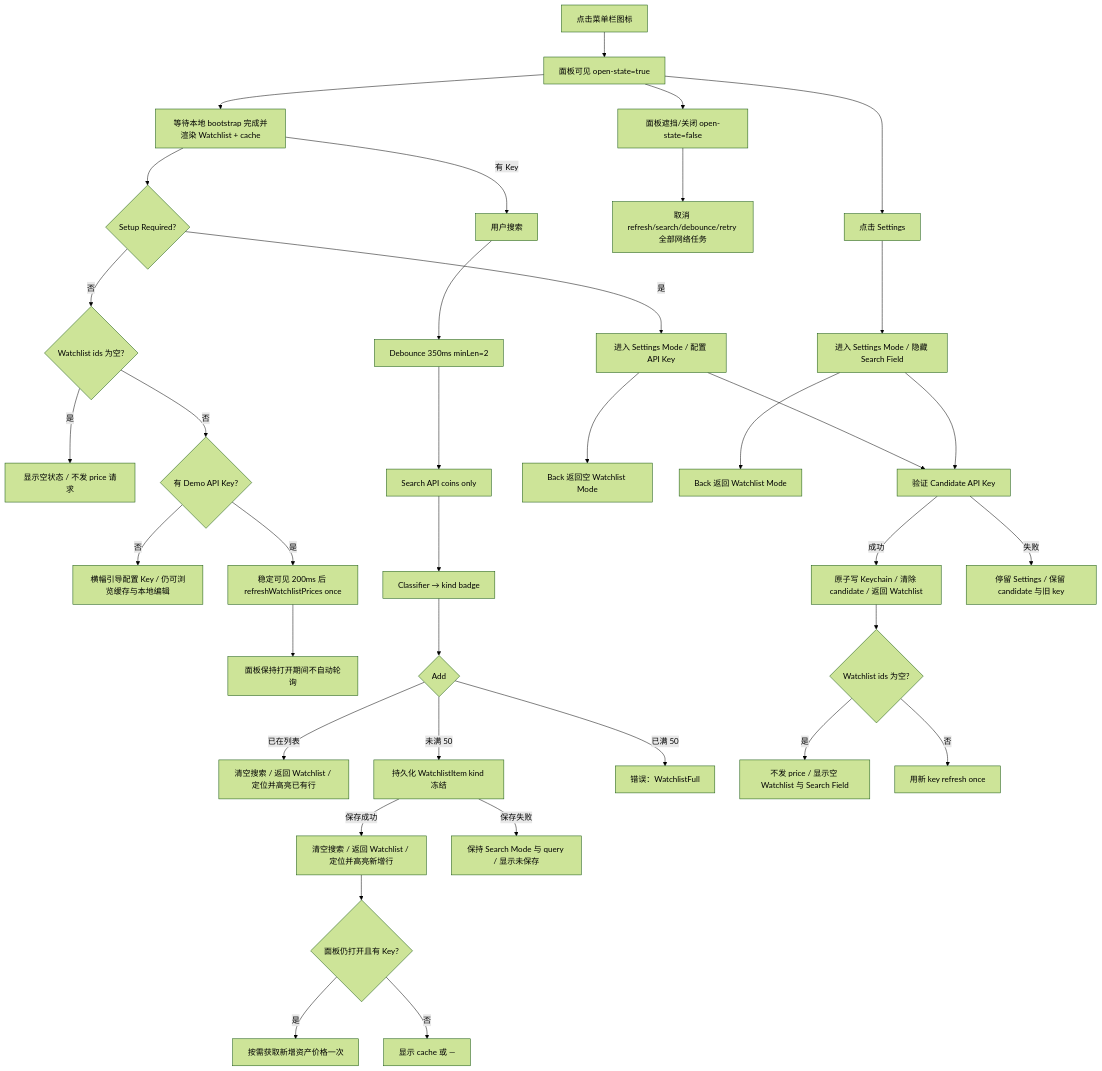
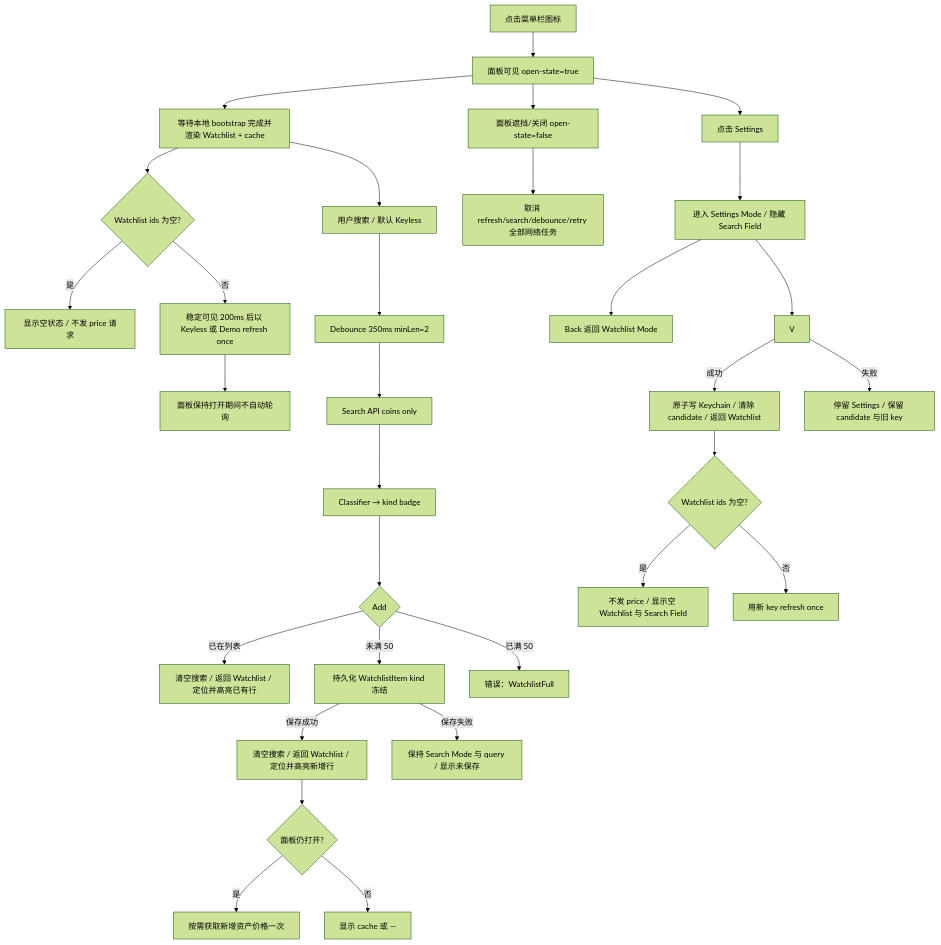
The first of 5 diagrams in docs/design/macos-menu-bar-app.md (YanYuanFE/crypto-lens), drawn with Mermaid (forest theme) before and after one commit. The commit also changed other lines of this file and 17 other files, not shown here.

Commit message:
feat: support CoinGecko keyless API

````diff
--- a/docs/design/macos-menu-bar-app.md
+++ b/docs/design/macos-menu-bar-app.md
@@ -146,39 +145,33 @@
 ```mermaid
 flowchart TD
   A[点击菜单栏图标] --> B[面板可见 open-state=true]
   B --> C[等待本地 bootstrap 完成并渲染 Watchlist + cache]
-  C --> SR{Setup Required?}
-  SR -->|是| S[进入 Settings Mode / 配置 API Key]
-  SR -->|否| C0{Watchlist ids 为空?}
+  C --> C0{Watchlist ids 为空?}
   C0 -->|是| E0[显示空状态 / 不发 price 请求]
-  C0 -->|否| D{有 Demo API Key?}
-  D -->|否| E[横幅引导配置 Key / 仍可浏览缓存与本地编辑]
-  D -->|是| F[稳定可见 200ms 后 refreshWatchlistPrices once]
+  C0 -->|否| F[稳定可见 200ms 后以 Keyless 或 Demo refresh once]
   F --> G[面板保持打开期间不自动轮询]
-  C -->|有 Key| H[用户搜索]
+  C --> H[用户搜索 / 默认 Keyless]
   H --> I[Debounce 350ms minLen=2]
   I --> J[Search API coins only]
   J --> K[Classifier → kind badge]
   K --> L{Add}
   L -->|已在列表| M[清空搜索 / 返回 Watchlist / 定位并高亮已有行]
   L -->|未满 50| N[持久化 WatchlistItem kind 冻结]
   N -->|保存成功| N0[清空搜索 / 返回 Watchlist / 定位并高亮新增行]
   N -->|保存失败| N4[保持 Search Mode 与 query / 显示未保存]
-  N0 --> N1{面板仍打开且有 Key?}
+  N0 --> N1{面板仍打开?}
   N1 -->|是| N2[按需获取新增资产价格一次]
   N1 -->|否| N3[显示 cache 或 —]
   L -->|已满 50| O[错误：WatchlistFull]
   B --> P[面板遮挡/关闭 open-state=false]
   P --> Q[取消 refresh/search/debounce/retry 全部网络任务]
   B --> R[点击 Settings]
   R --> S2[进入 Settings Mode / 隐藏 Search Field]
-  S --> T[Back 返回空 Watchlist Mode]
   S2 --> T2[Back 返回 Watchlist Mode]
-  S --> V[验证 Candidate API Key]
   S2 --> V
   V -->|成功| V1[原子写 Keychain / 清除 candidate / 返回 Watchlist]
   V -->|失败| V2[停留 Settings / 保留 candidate 与旧 key]
   V1 --> V3{Watchlist ids 为空?}
   V3 -->|是| V4[不发 price / 显示空 Watchlist 与 Search Field]
   V3 -->|否| V5[用新 key refresh once]
 ```
````
